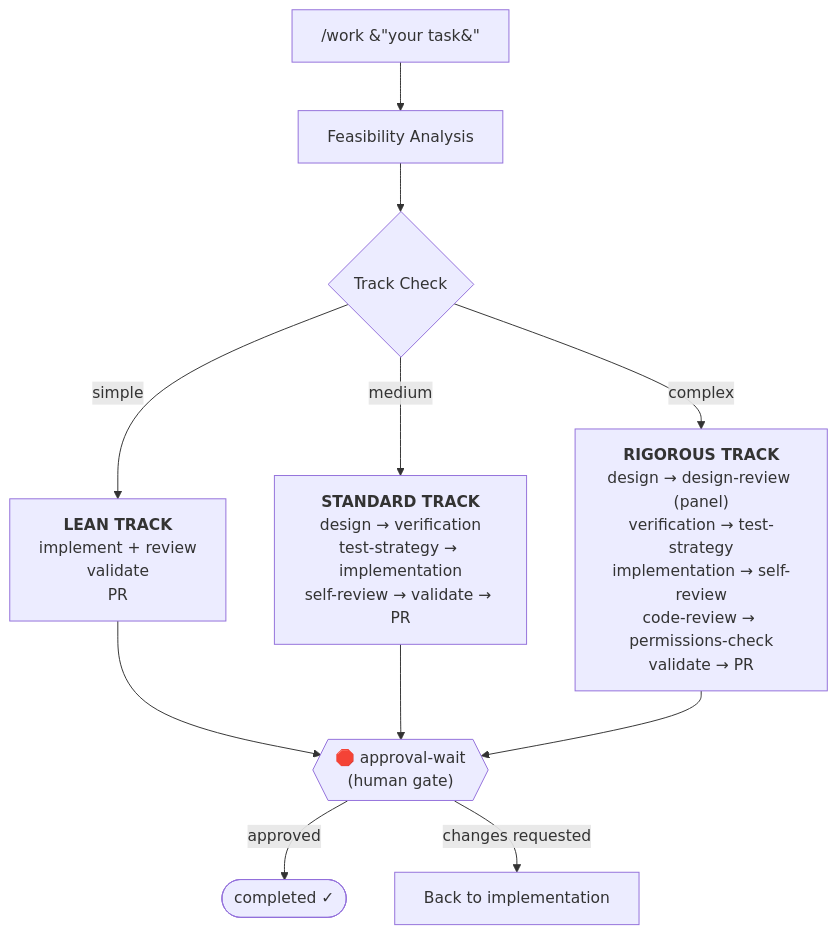
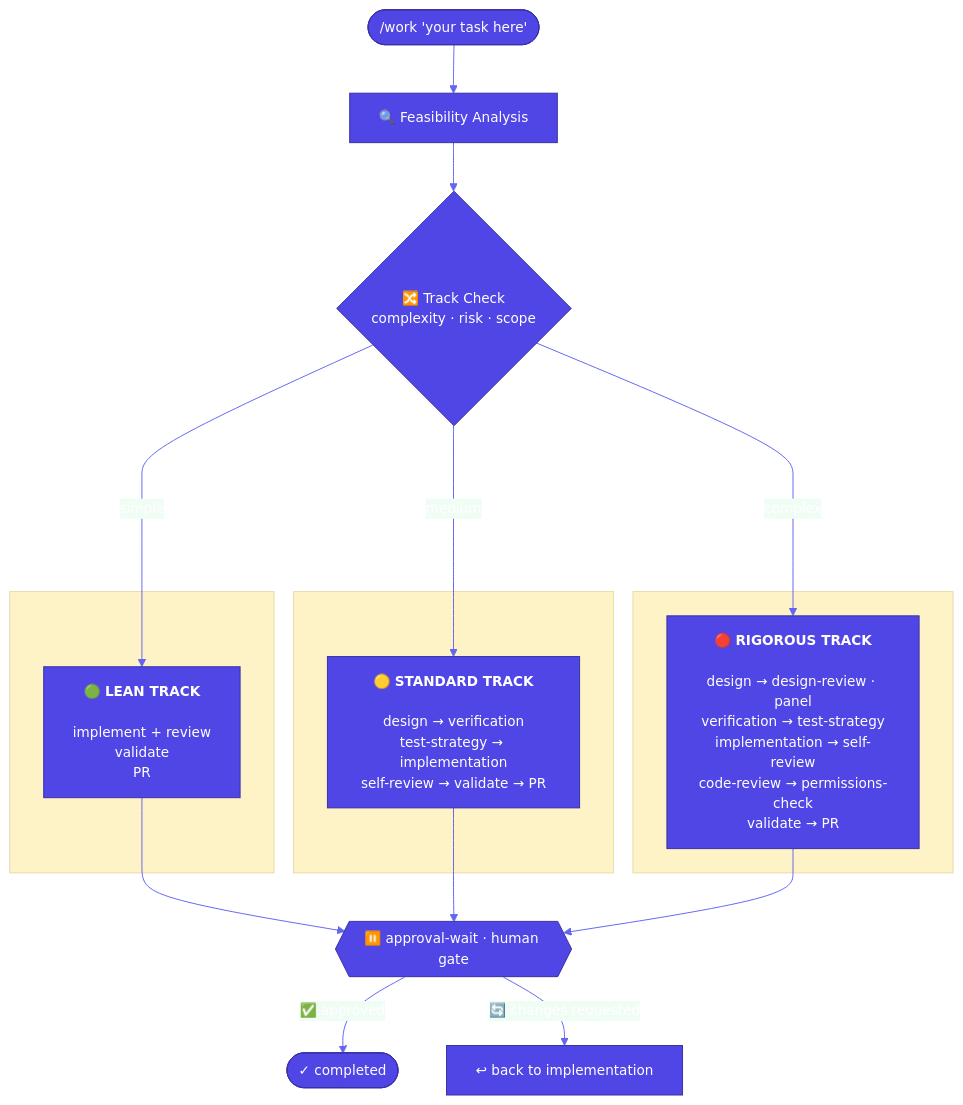
One commit to surajSFDC/agentic-swe changed the first of 4 diagrams in README.md. Above: the diagram before and after it, drawn with Mermaid. The commit also changed other lines of this file, not shown here.

First line of the commit message:
Polish mermaid diagrams with themed palette and clean indentation

````diff
--- a/README.md
+++ b/README.md
@@ -12,17 +12,40 @@
 ```mermaid
+%%{init: {'theme': 'base', 'themeVariables': { 'primaryColor': '#4f46e5', 'primaryTextColor': '#ffffff', 'primaryBorderColor': '#3730a3', 'secondaryColor': '#f0fdf4', 'tertiaryColor': '#fef3c7', 'lineColor': '#6366f1', 'textColor': '#1e293b', 'fontSize': '14px' }}}%%
+
 flowchart TD
-    start["/work &#34;your task&#34;"] --> feasibility["Feasibility Analysis"]
-    feasibility --> trackCheck{"Track Check"}
+    start(["/work 'your task here'"])
+    start --> feasibility
 
-    trackCheck -- "simple" --> lean["<b>LEAN TRACK</b><br/>implement + review<br/>validate<br/>PR"]
-    trackCheck -- "medium" --> standard["<b>STANDARD TRACK</b><br/>design → verification<br/>test-strategy → implementation<br/>self-review → validate → PR"]
-    trackCheck -- "complex" --> rigorous["<b>RIGOROUS TRACK</b><br/>design → design-review (panel)<br/>verification → test-strategy<br/>implementation → self-review<br/>code-review → permissions-check<br/>validate → PR"]
+    feasibility["🔍 Feasibility Analysis"]
+    feasibility --> trackCheck
+
+    trackCheck{"🔀 Track Check<br/>complexity · risk · scope"}
+
+    trackCheck -- "simple" ----> lean
+    trackCheck -- "medium" ----> standard
+    trackCheck -- "complex" ----> rigorous
+
+    subgraph leanGroup [" "]
+        lean["🟢 <b>LEAN TRACK</b><br/><br/>implement + review<br/>validate<br/>PR"]
+    end
+
+    subgraph standardGroup [" "]
+        standard["🟡 <b>STANDARD TRACK</b><br/><br/>design → verification<br/>test-strategy → implementation<br/>self-review → validate → PR"]
+    end
+
+    subgraph rigorousGroup [" "]
+        rigorous["🔴 <b>RIGOROUS TRACK</b><br/><br/>design → design-review · panel<br/>verification → test-strategy<br/>implementation → self-review<br/>code-review → permissions-check<br/>validate → PR"]
+    end
 
     lean --> approval
     standard --> approval
     rigorous --> approval
 
-    approval{{"🛑 approval-wait<br/>(human gate)"}}
-    approval -- "approved" --> done(["completed ✓"])
-    approval -- "changes requested" --> rework["Back to implementation"]
+    approval{{"⏸️ approval-wait · human gate"}}
+
+    approval -- "✅ approved" --> done
+    approval -- "🔄 changes requested" --> rework
+
+    done(["✓ completed"])
+    rework["↩ back to implementation"]
 ```
````
